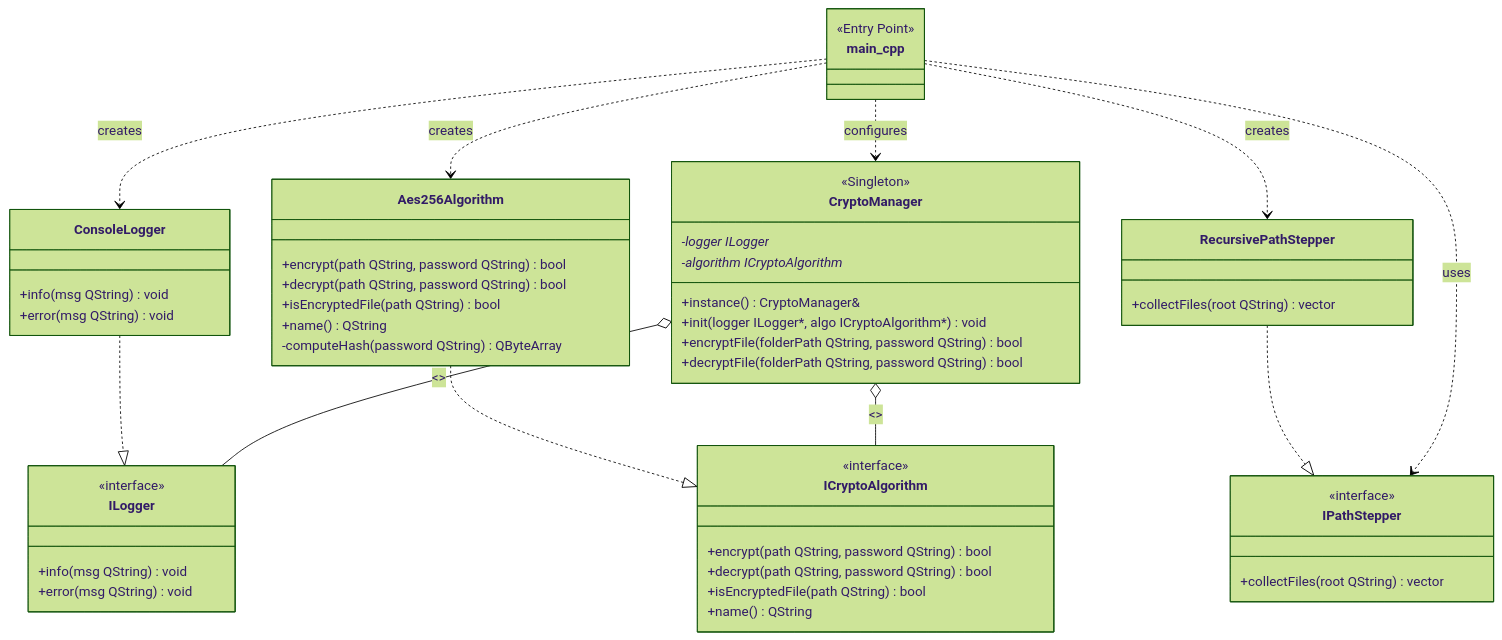
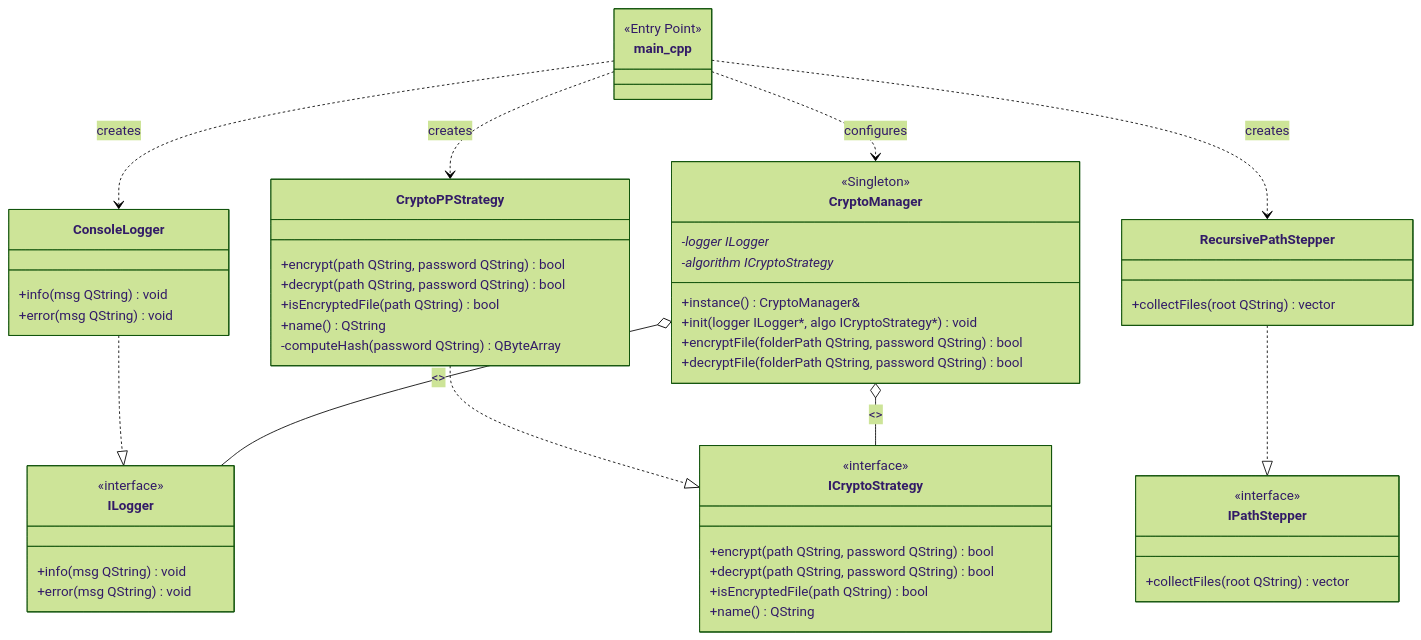
The diagram in README.md (Your-vo1d/dev_sec_tools), drawn with Mermaid (forest theme) before and after one commit. The commit also changed 8 other files, not shown here.

Commit message:
feat: rename the ICryptoAlgrorithm file to ICryptoStrategy and Aes256Algorithm to CryptoPPStrategy

````diff
--- a/README.md
+++ b/README.md
@@ -46,61 +46,60 @@
 ```mermaid
 classDiagram
   class ILogger {
     <<interface>>
     +info(msg QString) void
     +error(msg QString) void
   }
-  class ICryptoAlgorithm {
+  class ICryptoStrategy {
     <<interface>>
     +encrypt(path QString, password QString) bool
     +decrypt(path QString, password QString) bool
     +isEncryptedFile(path QString) bool
     +name() QString
   }
   class IPathStepper {
     <<interface>>
     +collectFiles(root QString) vector<QString>
   }
 
   class ConsoleLogger {
     +info(msg QString) void
     +error(msg QString) void
   }
-  class Aes256Algorithm {
+  class CryptoPPStrategy {
     +encrypt(path QString, password QString) bool
     +decrypt(path QString, password QString) bool
     +isEncryptedFile(path QString) bool
     +name() QString
     -computeHash(password QString) QByteArray
   }
   class RecursivePathStepper {
     +collectFiles(root QString) vector<QString>
   }
 
   class CryptoManager {
     <<Singleton>>
     +instance() CryptoManager&
-    +init(logger ILogger*, algo ICryptoAlgorithm*) void
+    +init(logger ILogger*, algo ICryptoStrategy*) void
     +encryptFile(folderPath QString, password QString) bool
     +decryptFile(folderPath QString, password QString) bool
     -logger ILogger*
-    -algorithm ICryptoAlgorithm*
+    -algorithm ICryptoStrategy*
   }
 
   class main_cpp {
     <<Entry Point>>
   }
 
   ConsoleLogger ..|> ILogger
-  Aes256Algorithm ..|> ICryptoAlgorithm
+  CryptoPPStrategy ..|> ICryptoStrategy
   RecursivePathStepper ..|> IPathStepper
 
   CryptoManager o-- ILogger : <<inject>>
-  CryptoManager o-- ICryptoAlgorithm : <<inject>>
+  CryptoManager o-- ICryptoStrategy : <<inject>>
 
   main_cpp ..> ConsoleLogger : creates
-  main_cpp ..> Aes256Algorithm : creates
+  main_cpp ..> CryptoPPStrategy : creates
   main_cpp ..> RecursivePathStepper : creates
   main_cpp ..> CryptoManager : configures
-  main_cpp ..> IPathStepper : uses
 ```
````
